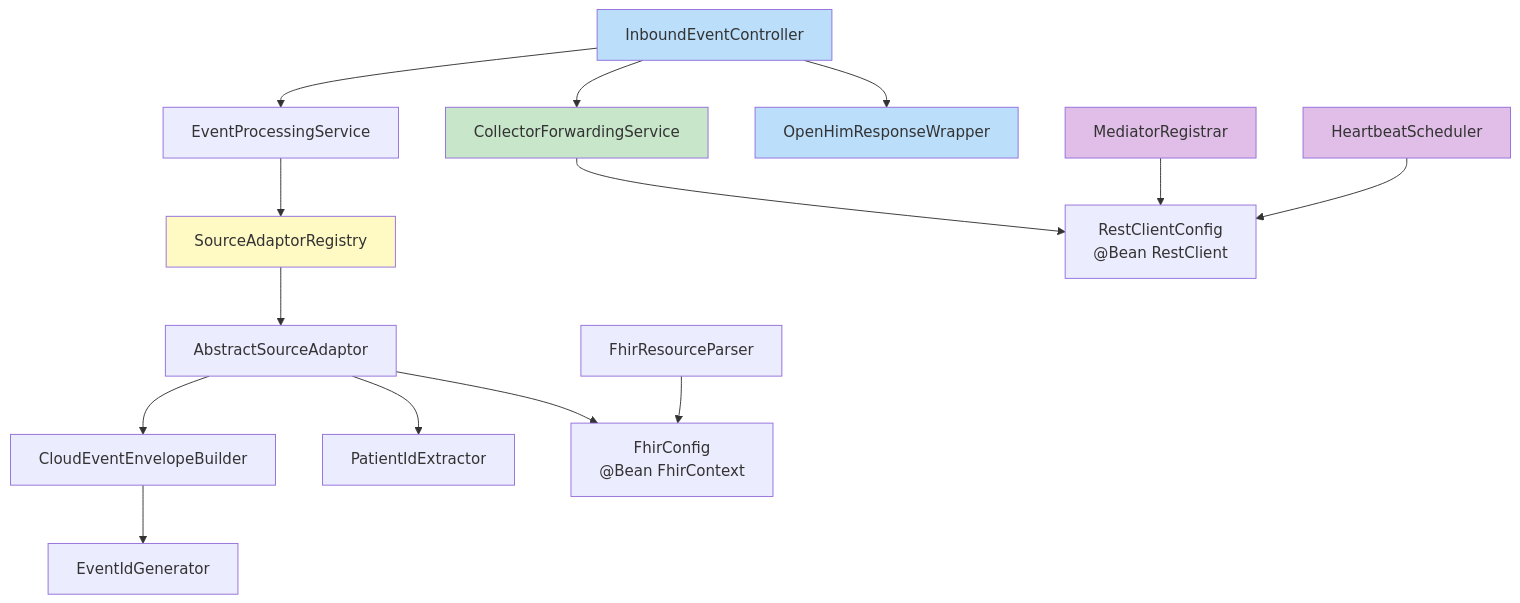
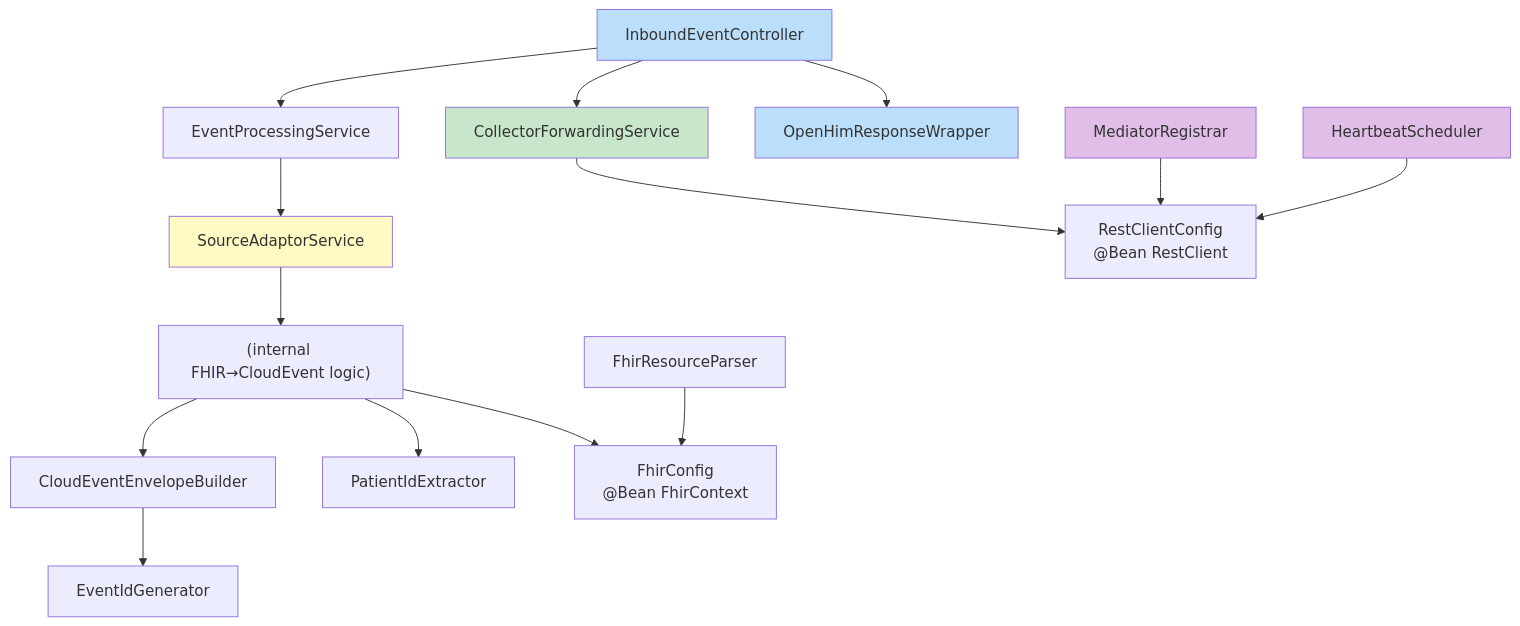
The seventh of 8 diagrams in docs/flow-diagrams.md (Jayaprakash8887/openhim-cce-emitter-adaptor), drawn with Mermaid before and after one commit. The commit also changed other lines of this file and 11 other files, not shown here.

````diff
--- a/docs/flow-diagrams.md
+++ b/docs/flow-diagrams.md
@@ -233,47 +228,47 @@
 ```mermaid
 flowchart TD
     CTRL[InboundEventController]
     NORM[EventProcessingService]
-    REG[SourceAdaptorRegistry]
+    REG[SourceAdaptorService]
     FWD[CollectorForwardingService]
     WRAP[OpenHimResponseWrapper]
 
-    SA_ABS[AbstractSourceAdaptor]
+    SA_ABS["(internal FHIR→CloudEvent logic)"]
 
     CE[CloudEventEnvelopeBuilder]
     PIE[PatientIdExtractor]
     FRP[FhirResourceParser]
     IDG[EventIdGenerator]
 
     REG_HB[MediatorRegistrar]
     HB[HeartbeatScheduler]
 
     FC["FhirConfig<br/>@Bean FhirContext"]
     RC["RestClientConfig<br/>@Bean RestClient"]
 
     CTRL --> NORM
     CTRL --> FWD
     CTRL --> WRAP
 
     NORM --> REG
     REG --> SA_ABS
 
     SA_ABS --> CE
     SA_ABS --> PIE
 
     CE --> IDG
 
     FWD --> RC
     REG_HB --> RC
     HB --> RC
 
     SA_ABS --> FC
     FRP --> FC
 
     style CTRL fill:#bbdefb
     style WRAP fill:#bbdefb
     style FWD fill:#c8e6c9
     style REG fill:#fff9c4
     style REG_HB fill:#e1bee7
     style HB fill:#e1bee7
 ```
````
